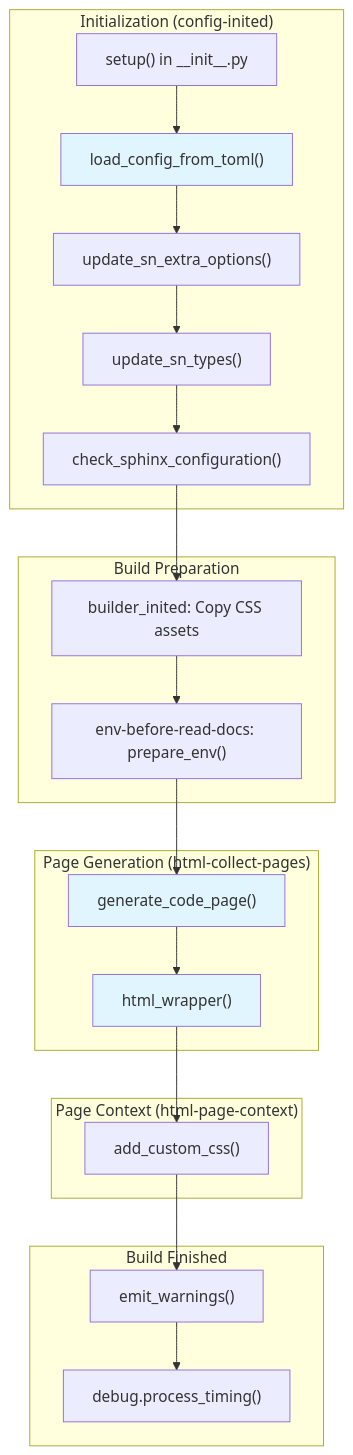
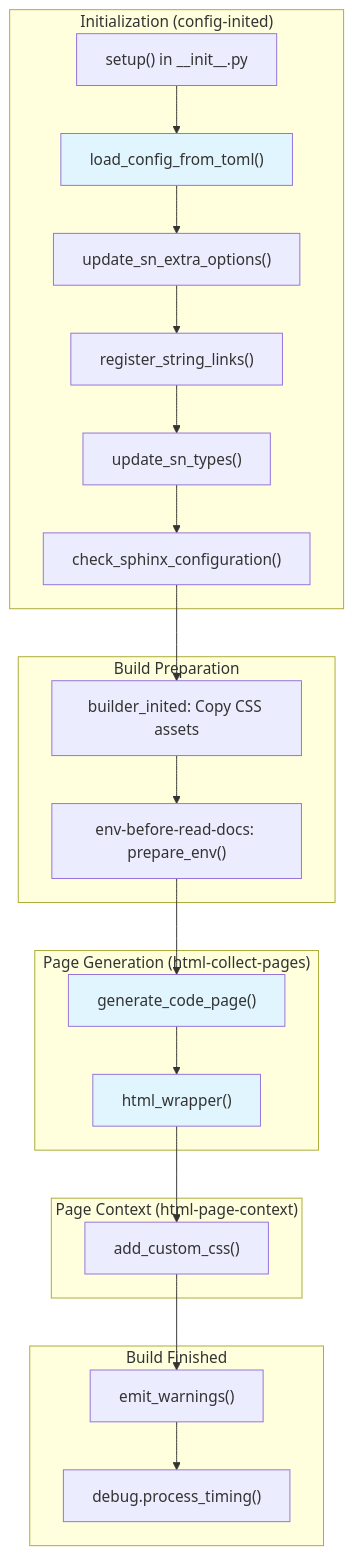
The diagram in packages/sphinx-codelinks/AGENTS.md (useblocks/sphinx-needs), drawn with Mermaid before and after one commit. The commit also changed other lines of this file and 7 other files, not shown here.

First line of the commit message:
🐛 sphinx-codelinks: register the URL string links at config-inited, not at read time (#2047)

````diff
--- a/packages/sphinx-codelinks/AGENTS.md
+++ b/packages/sphinx-codelinks/AGENTS.md
@@ -267,38 +268,39 @@
 ```mermaid
 flowchart TB
     subgraph init["Initialization (config-inited)"]
         setup["setup() in __init__.py"]
         load_toml["load_config_from_toml()"]
         sn_options["update_sn_extra_options()"]
+        str_links["register_string_links()"]
         sn_types["update_sn_types()"]
         check_config["check_sphinx_configuration()"]
     end
 
     subgraph prepare["Build Preparation"]
         builder_init["builder_inited: Copy CSS assets"]
         env_prepare["env-before-read-docs: prepare_env()"]
     end
 
     subgraph generate["Page Generation (html-collect-pages)"]
         gen_pages["generate_code_page()"]
         html_wrap["html_wrapper()"]
     end
 
     subgraph context["Page Context (html-page-context)"]
         add_css["add_custom_css()"]
     end
 
     subgraph finish["Build Finished"]
         warnings["emit_warnings()"]
         timing["debug.process_timing()"]
     end
 
-    setup --> load_toml --> sn_options --> sn_types --> check_config
+    setup --> load_toml --> sn_options --> str_links --> sn_types --> check_config
     check_config --> builder_init --> env_prepare
     env_prepare --> gen_pages --> html_wrap
     html_wrap --> add_css --> warnings --> timing
 
     style load_toml fill:#e1f5fe
     style gen_pages fill:#e1f5fe
     style html_wrap fill:#e1f5fe
 ```
````
